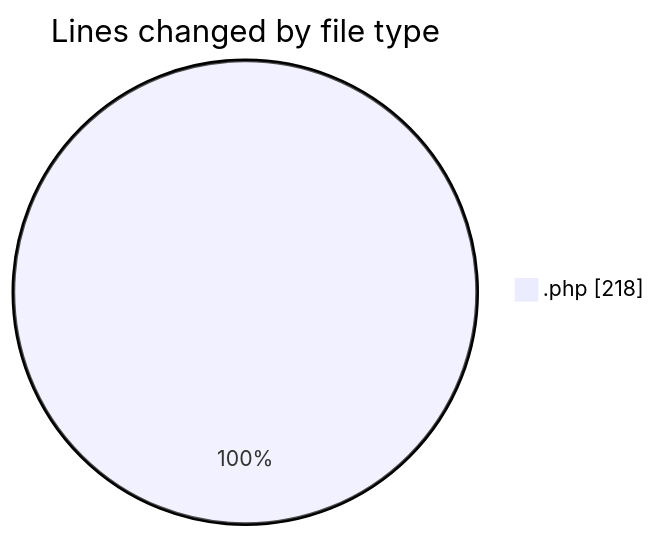
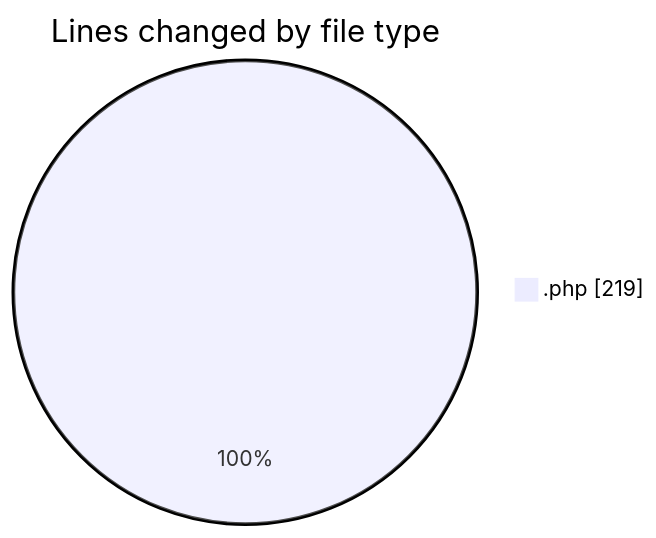
Before and after one commit to LanceThiago/code-tracking: the first of 2 diagrams in 2025-09-16/totem2/README.md, drawn with Mermaid. The commit also changed other lines of this file and 1 other file, not shown here.

````diff
--- a/2025-09-16/totem2/README.md
+++ b/2025-09-16/totem2/README.md
@@ -21,5 +21,5 @@
 ```mermaid
 pie showData
 title Lines changed by file type
-".php" : 218
+".php" : 219
 ```
````
